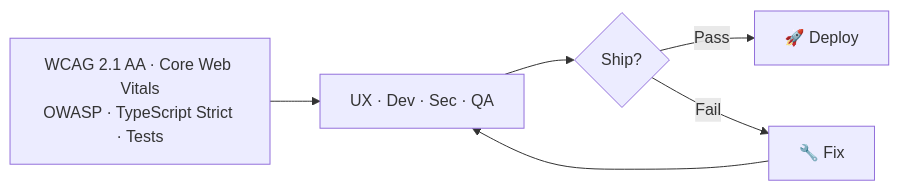
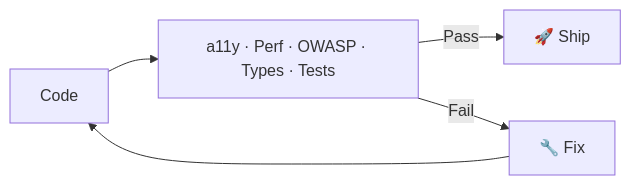
One commit to shyamsridhar123/ATV-AgentSkillsDemo changed the seventh of 7 diagrams in README.md. Above: the diagram before and after it, drawn with Mermaid. The commit also changed other lines of this file and 2 other files, not shown here.

Commit message:
beth-7bo: Simplify all architecture mermaid diagrams in README.md and SYSTEM-FLOW.md

````diff
--- a/README.md
+++ b/README.md
@@ -486,8 +451,6 @@
 ```mermaid
 flowchart LR
-    Standards["WCAG 2.1 AA · Core Web Vitals<br/>OWASP · TypeScript Strict · Tests"] --> Gates["UX · Dev · Sec · QA"]
-    Gates --> Ship{"Ship?"}
-    Ship -->|Pass| Deploy["🚀 Deploy"]
-    Ship -->|Fail| Fix["🔧 Fix"]
-    Fix --> Gates
+    Code["Code"] --> Gates["a11y · Perf · OWASP · Types · Tests"]
+    Gates -->|Pass| Ship["🚀 Ship"]
+    Gates -->|Fail| Fix["🔧 Fix"] --> Code
 ```
````
